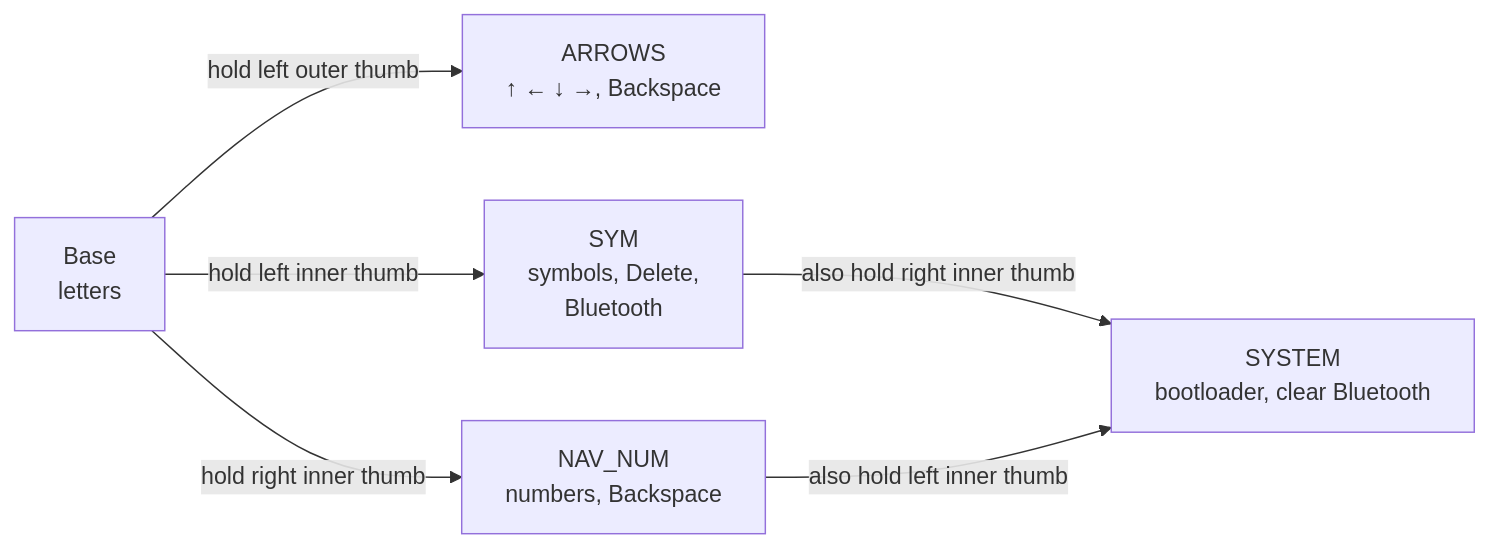
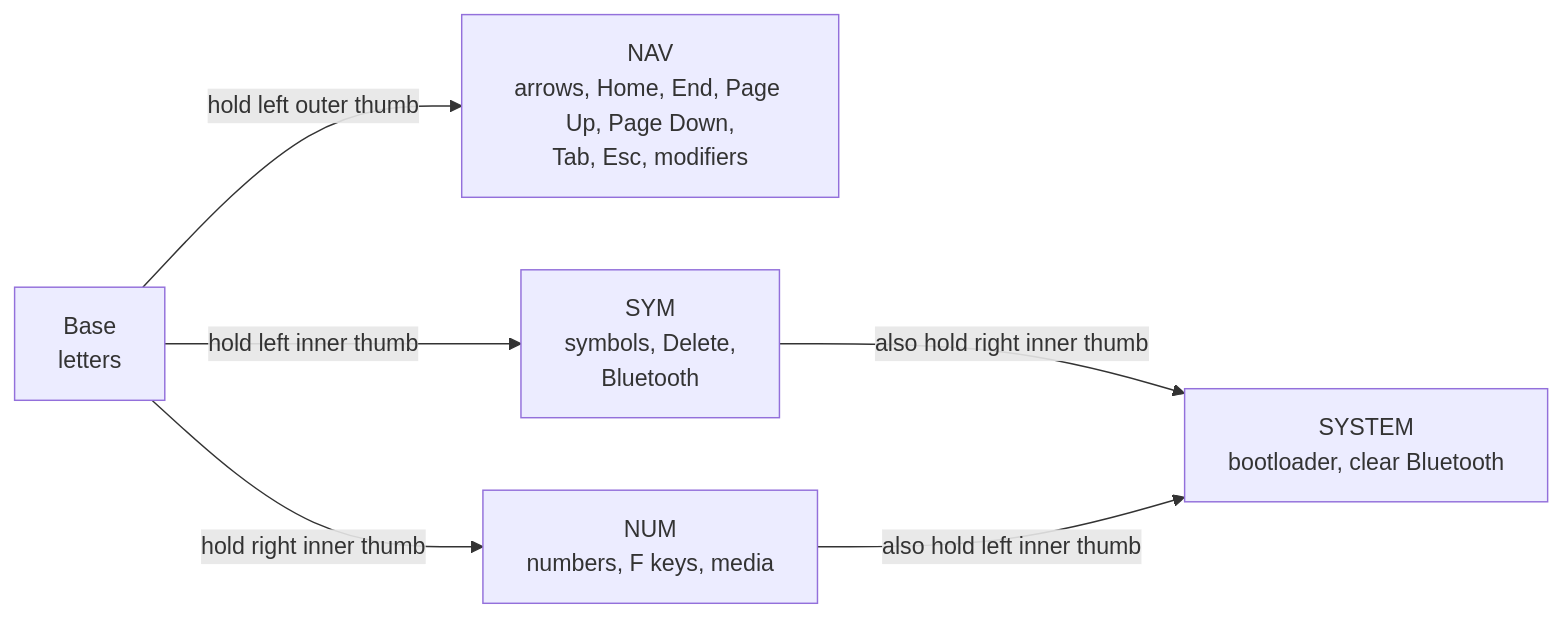
One commit to kylephillipsau/Temper_zmk changed the first of 2 diagrams in README.md. Above: the diagram before and after it, drawn with Mermaid. The commit also changed other lines of this file and 9 other files, not shown here.

````diff
--- a/README.md
+++ b/README.md
@@ -28,13 +28,13 @@
 ```mermaid
 flowchart LR
     base["Base<br/>letters"]
-    arrows["ARROWS<br/>↑ ← ↓ →, Backspace"]
+    nav["NAV<br/>arrows, Home, End, Page Up, Page Down,<br/>Tab, Esc, modifiers"]
     sym["SYM<br/>symbols, Delete,<br/>Bluetooth"]
-    num["NAV_NUM<br/>numbers, Backspace"]
+    num["NUM<br/>numbers, F keys, media"]
     system["SYSTEM<br/>bootloader, clear Bluetooth"]
-    base -- "hold left outer thumb" --> arrows
+    base -- "hold left outer thumb" --> nav
     base -- "hold left inner thumb" --> sym
     base -- "hold right inner thumb" --> num
     sym -- "also hold right inner thumb" --> system
     num -- "also hold left inner thumb" --> system
 ```
````
